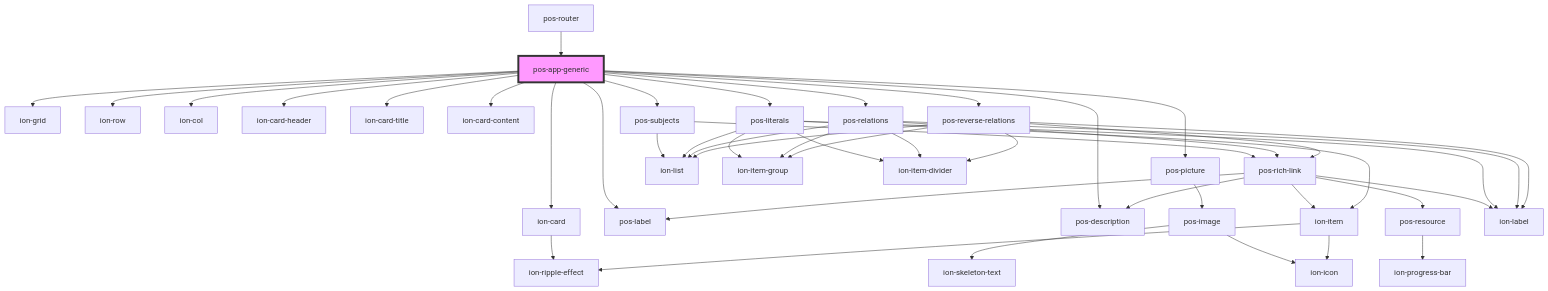
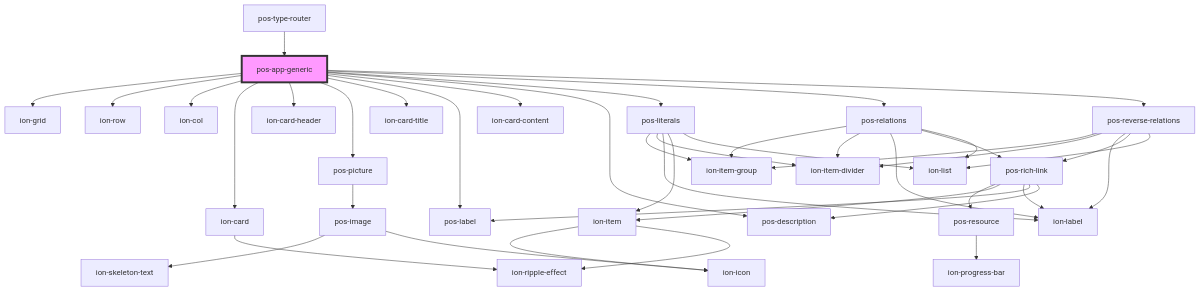
One commit to pod-os/PodOS changed the diagram in docs/elements/apps/pos-app-generic/readme.md. Above: the diagram before and after it, drawn with Mermaid. The commit also changed other lines of this file and 7 other files, not shown here.

````diff
--- a/docs/elements/apps/pos-app-generic/readme.md
+++ b/docs/elements/apps/pos-app-generic/readme.md
@@ -32,48 +31,45 @@
 ```mermaid
 graph TD;
   pos-app-generic --> ion-grid
   pos-app-generic --> ion-row
   pos-app-generic --> ion-col
   pos-app-generic --> ion-card
   pos-app-generic --> ion-card-header
   pos-app-generic --> pos-picture
   pos-app-generic --> ion-card-title
   pos-app-generic --> pos-label
   pos-app-generic --> ion-card-content
   pos-app-generic --> pos-description
-  pos-app-generic --> pos-subjects
   pos-app-generic --> pos-literals
   pos-app-generic --> pos-relations
   pos-app-generic --> pos-reverse-relations
   ion-card --> ion-ripple-effect
   pos-picture --> pos-image
   pos-image --> ion-skeleton-text
   pos-image --> ion-icon
-  pos-subjects --> pos-rich-link
-  pos-subjects --> ion-list
+  pos-literals --> ion-item-group
+  pos-literals --> ion-item-divider
+  pos-literals --> ion-label
+  pos-literals --> ion-item
+  pos-literals --> ion-list
+  ion-item --> ion-icon
+  ion-item --> ion-ripple-effect
+  pos-relations --> ion-item-group
+  pos-relations --> ion-item-divider
+  pos-relations --> ion-label
+  pos-relations --> pos-rich-link
+  pos-relations --> ion-list
   pos-rich-link --> pos-resource
   pos-rich-link --> ion-item
   pos-rich-link --> ion-label
   pos-rich-link --> pos-label
   pos-rich-link --> pos-description
   pos-resource --> ion-progress-bar
-  ion-item --> ion-icon
-  ion-item --> ion-ripple-effect
-  pos-literals --> ion-item-group
-  pos-literals --> ion-item-divider
-  pos-literals --> ion-label
-  pos-literals --> ion-item
-  pos-literals --> ion-list
-  pos-relations --> ion-item-group
-  pos-relations --> ion-item-divider
-  pos-relations --> ion-label
-  pos-relations --> pos-rich-link
-  pos-relations --> ion-list
   pos-reverse-relations --> ion-item-group
   pos-reverse-relations --> ion-item-divider
   pos-reverse-relations --> ion-label
   pos-reverse-relations --> pos-rich-link
   pos-reverse-relations --> ion-list
-  pos-router --> pos-app-generic
+  pos-type-router --> pos-app-generic
   style pos-app-generic fill:#f9f,stroke:#333,stroke-width:4px
 ```
````
